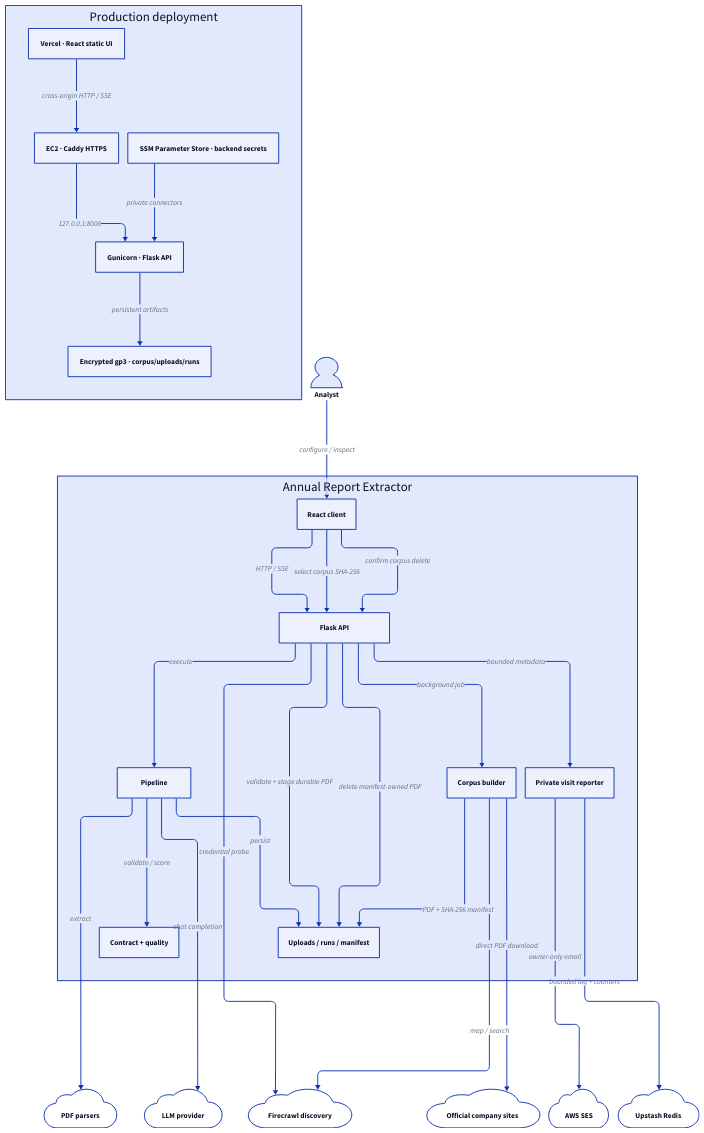
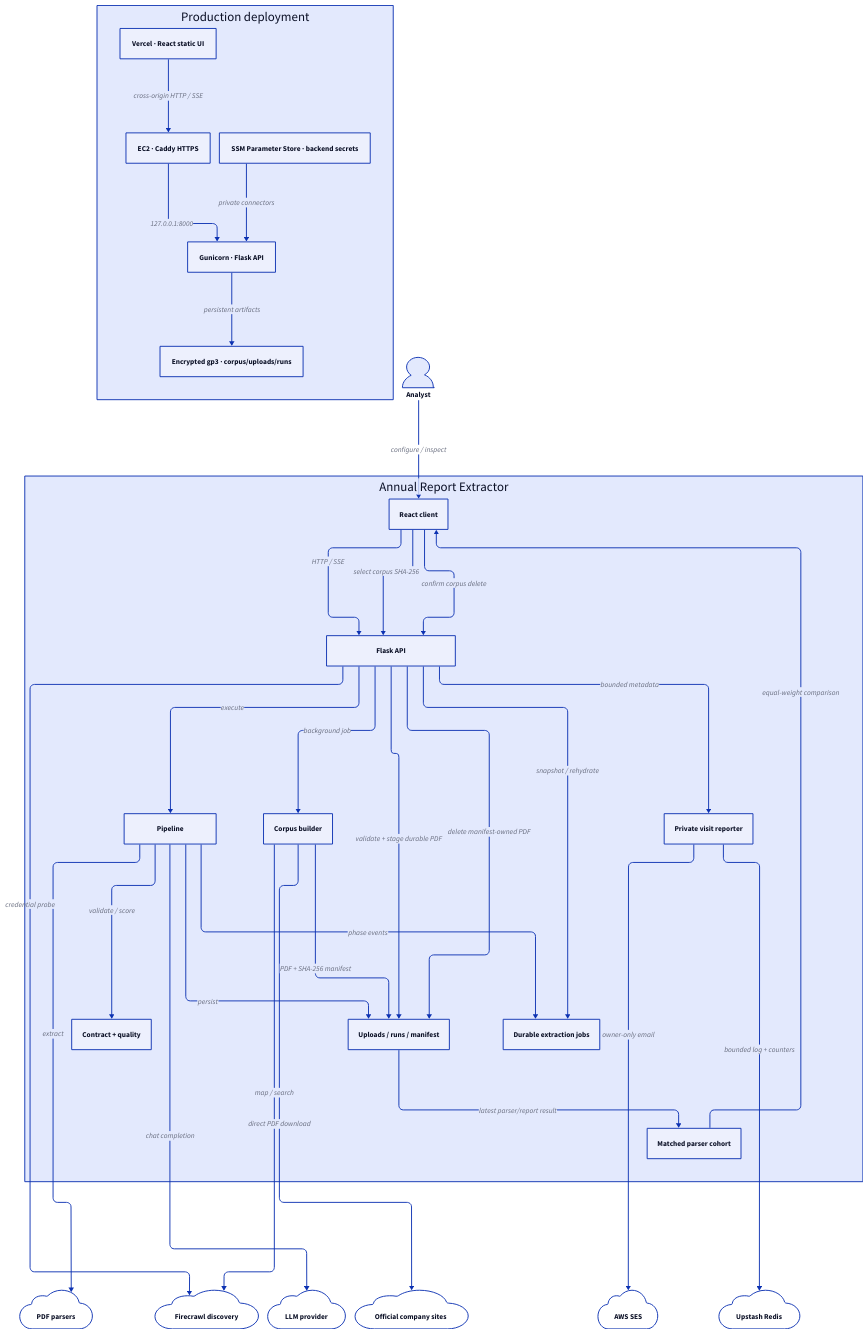
The diagram in agent/graph/architecture.d2 (MohamedFuad16/ledger-financial-report-system), drawn with D2 before and after one commit. The commit also changed 27 other files, not shown here.

Commit message:
Persist extraction jobs and match parser cohorts

```diff
--- a/agent/graph/architecture.d2
+++ b/agent/graph/architecture.d2
@@ -1,61 +1,67 @@
 vars: {
   d2-config: {
     layout-engine: elk
     pad: 40
     center: true
   }
 }
 direction: down
 
 user: "Analyst" {shape: person}
 
 app: "Annual Report Extractor" {
   client: "React client"
   api: "Flask API"
   pipeline: "Pipeline"
   quality: "Contract + quality"
   corpus: "Corpus builder"
   traffic: "Private visit reporter"
   storage: "Uploads / runs / manifest"
+  jobs: "Durable extraction jobs"
+  cohort: "Matched parser cohort"
 
   client -> api: "HTTP / SSE"
   client -> api: "select corpus SHA-256"
   client -> api: "confirm corpus delete"
   api -> pipeline: "execute"
+  api -> jobs: "snapshot / rehydrate"
   api -> storage: "validate + stage durable PDF"
   api -> storage: "delete manifest-owned PDF"
   api -> corpus: "background job"
   api -> traffic: "bounded metadata"
   pipeline -> quality: "validate / score"
   pipeline -> storage: "persist"
+  pipeline -> jobs: "phase events"
+  storage -> cohort: "latest parser/report result"
+  cohort -> client: "equal-weight comparison"
   corpus -> storage: "PDF + SHA-256 manifest"
 }
 
 parsers: "PDF parsers" {shape: cloud}
 llm: "LLM provider" {shape: cloud}
 firecrawl: "Firecrawl discovery" {shape: cloud}
 official: "Official company sites" {shape: cloud}
 upstash: "Upstash Redis" {shape: cloud}
 ses: "AWS SES" {shape: cloud}
 
 user -> app.client: "configure / inspect"
 app.pipeline -> parsers: "extract"
 app.pipeline -> llm: "chat completion"
 app.corpus -> firecrawl: "map / search"
 app.api -> firecrawl: "credential probe"
 app.corpus -> official: "direct PDF download"
 app.traffic -> upstash: "bounded log + counters"
 app.traffic -> ses: "owner-only email"
 
 deployment: "Production deployment" {
   vercel: "Vercel · React static UI"
   caddy: "EC2 · Caddy HTTPS"
   gunicorn: "Gunicorn · Flask API"
   disk: "Encrypted gp3 · corpus/uploads/runs"
   parameter: "SSM Parameter Store · backend secrets"
 
   vercel -> caddy: "cross-origin HTTP / SSE"
   caddy -> gunicorn: "127.0.0.1:8000"
   gunicorn -> disk: "persistent artifacts"
   parameter -> gunicorn: "private connectors"
 }
```
